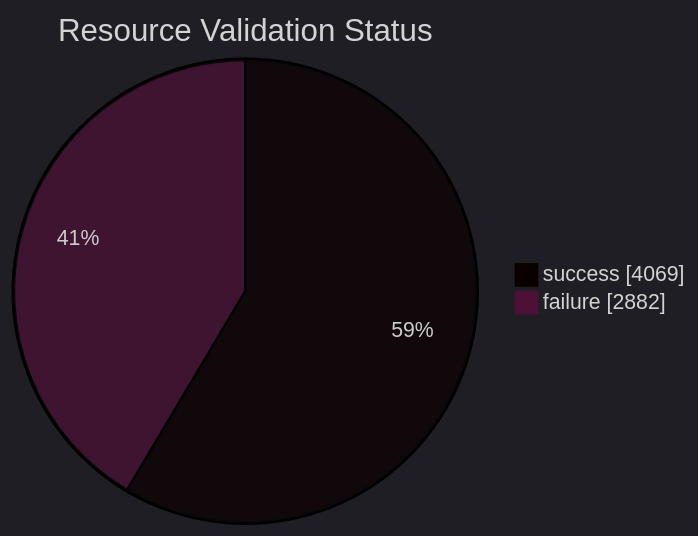
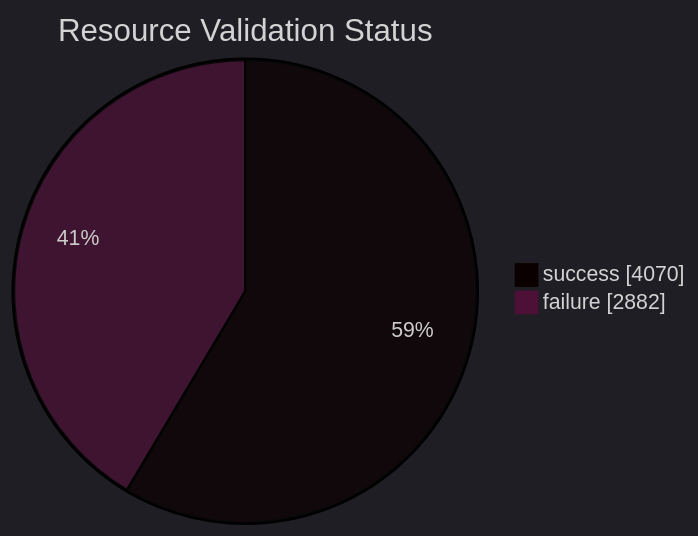
The diagram in datastore_tracker/resource_validation_status_pie_chart.md (open-data/analytics-corporate-reporting), drawn with Mermaid before and after one commit. The commit also changed 10 other files, not shown here.

````diff
--- a/datastore_tracker/resource_validation_status_pie_chart.md
+++ b/datastore_tracker/resource_validation_status_pie_chart.md
@@ -2,9 +2,9 @@
 ```mermaid
 ---
 config:
   theme: dark
 ---
 pie showData title Resource Validation Status
-    "success": 4069
+    "success": 4070
     "failure": 2882
 ```
````
